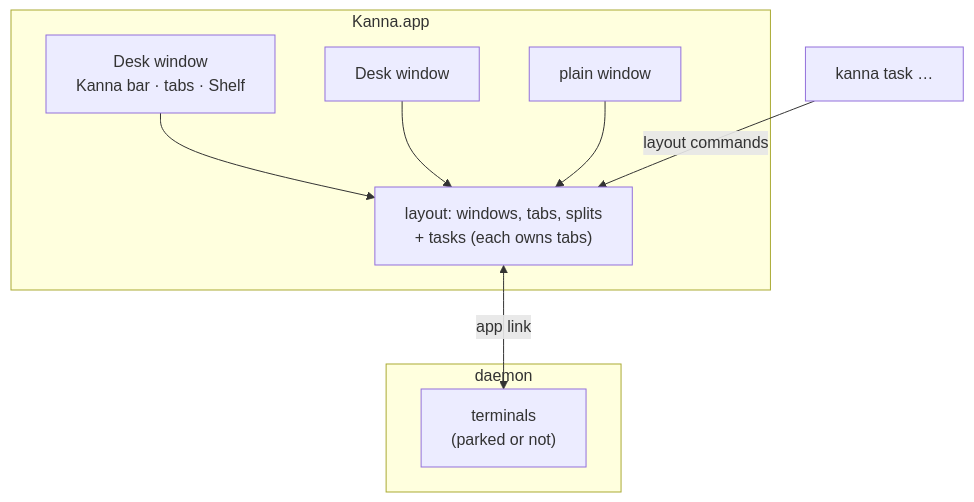
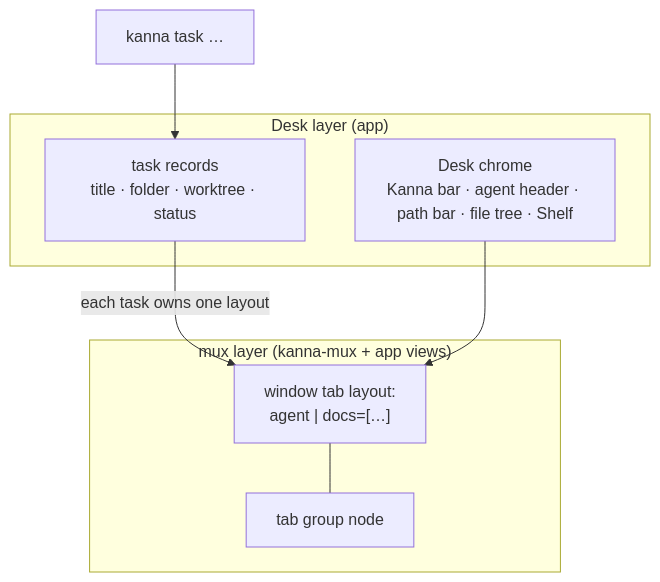
One commit to jemdiggity/kanna-v4 changed the third of 3 diagrams in docs/specs/desk.md. Above: the diagram before and after it, drawn with Mermaid. The commit also changed other lines of this file and 4 other files, not shown here.

Commit message:
Desk: one chat with tabbed docs, built on a new mux primitive, tab groups (own spec)

````diff
--- a/docs/specs/desk.md
+++ b/docs/specs/desk.md
@@ -85,15 +89,15 @@
 ```mermaid
 flowchart TB
-    subgraph app["Kanna.app"]
-        D1["Desk window<br/>Kanna bar · tabs · Shelf"]
-        D2["Desk window"]
-        P["plain window"]
-        L["layout: windows, tabs, splits<br/>+ tasks (each owns tabs)"]
-        D1 & D2 & P --> L
+    subgraph mux["mux layer (kanna-mux + app views)"]
+        L["window tab layout:<br/>agent | docs=[…]"]
+        G["tab group node"]
+        L --- G
     end
-    subgraph daemon["daemon"]
-        T["terminals<br/>(parked or not)"]
+    subgraph desk["Desk layer (app)"]
+        T["task records<br/>title · folder · worktree · status"]
+        W["Desk chrome<br/>Kanna bar · agent header · path bar · file tree · Shelf"]
     end
-    CLI["kanna task …"] -->|layout commands| L
-    L <-->|app link| T
+    T -->|"each task owns one layout"| L
+    W --> L
+    CLI["kanna task …"] --> T
 ```
````
